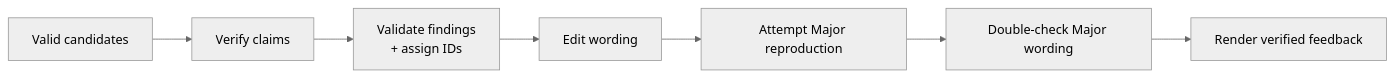
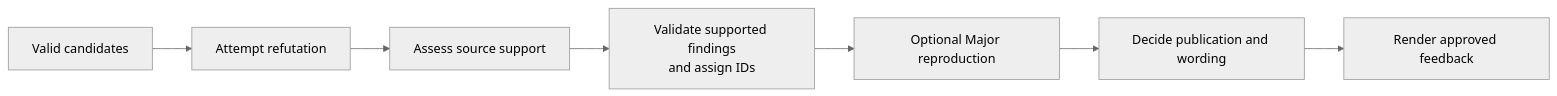
One commit to willcl-ark/nix changed the fifth of 5 diagrams in pkgs/ralph/README.md. Above: the diagram before and after it, drawn with Mermaid (neutral theme). The commit also changed other lines of this file and 35 other files, not shown here.

````diff
--- a/pkgs/ralph/README.md
+++ b/pkgs/ralph/README.md
@@ -498,9 +518,9 @@
 ```mermaid
 flowchart LR
-    pool["Valid candidates"] --> verify["Verify claims"]
-    verify --> accept["Validate findings<br/>+ assign IDs"]
-    accept --> edit["Edit wording"]
-    edit --> write["Attempt Major reproduction"]
-    write --> major["Double-check Major wording"]
-    major --> render["Render verified feedback"]
+    pool["Valid candidates"] --> challenge["Attempt refutation"]
+    challenge --> verify["Assess source support"]
+    verify --> eligible["Validate supported findings<br/>and assign IDs"]
+    eligible --> write["Optional Major reproduction"]
+    write --> judge["Decide publication and wording"]
+    judge --> render["Render approved feedback"]
 ```
````
